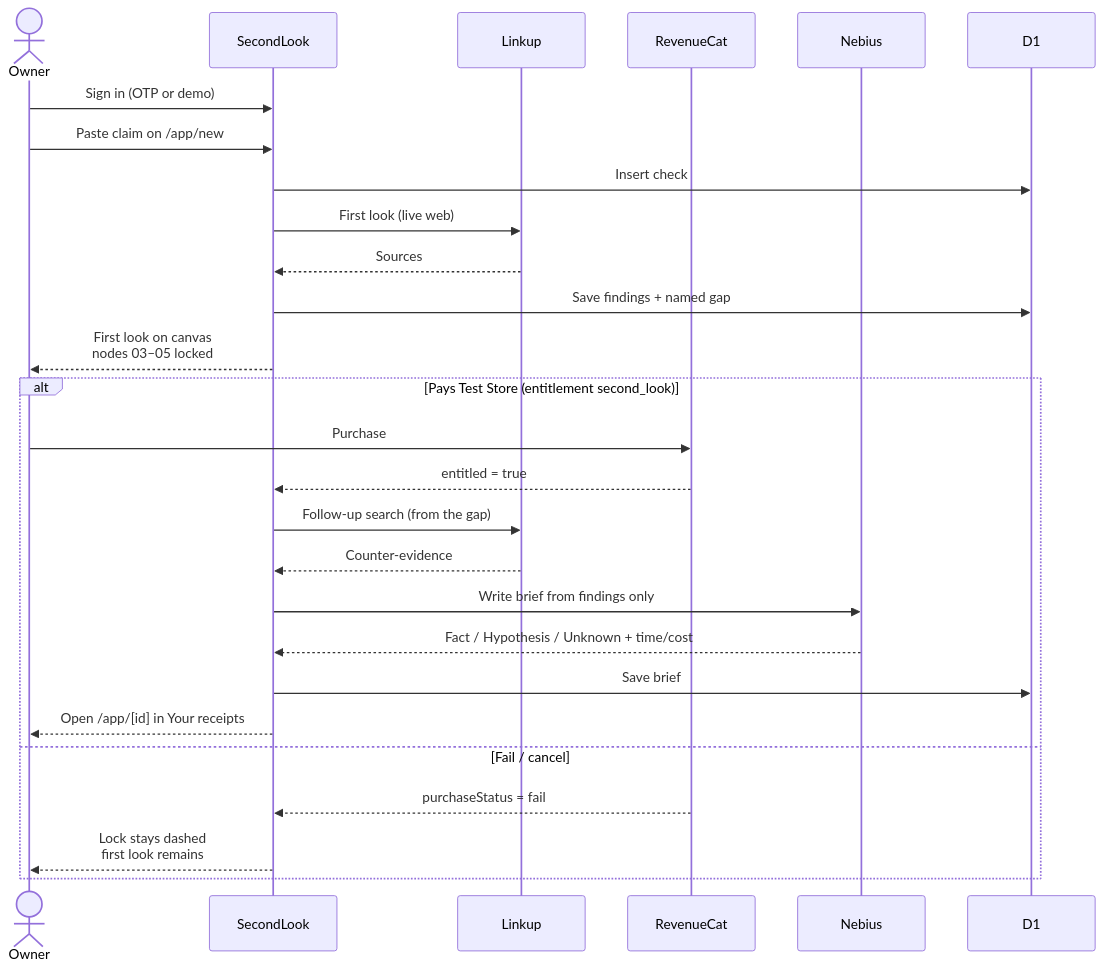
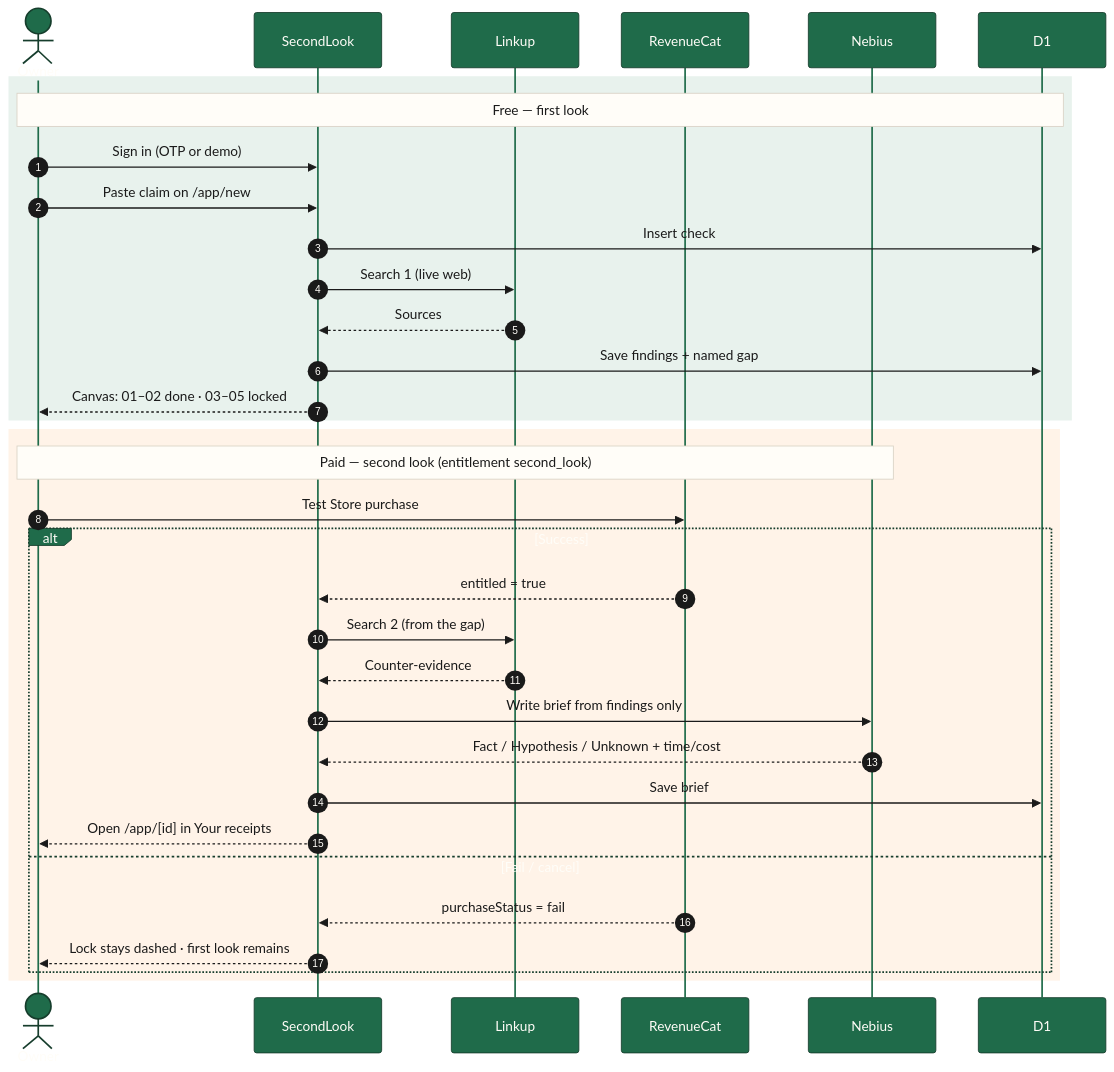
The second of 2 diagrams in README.md (JulioMCruz/SecondLook), drawn with Mermaid before and after one commit. The commit also changed other lines of this file, not shown here.

First line of the commit message:
docs: color the architecture and sequence mermaid diagrams

````diff
--- a/README.md
+++ b/README.md
@@ -94,31 +114,39 @@
 ```mermaid
+%%{init: {"theme": "base", "themeVariables": {"fontFamily": "ui-sans-serif, system-ui", "actorBkg": "#1f6b4a", "actorTextColor": "#fffdf8", "actorBorder": "#163d2c", "actorLineColor": "#1f6b4a", "signalColor": "#1a1a1a", "signalTextColor": "#1a1a1a", "noteBkgColor": "#fffdf8", "noteTextColor": "#1a1a1a", "noteBorderColor": "#d9d2c5", "activationBkgColor": "#e8f2ed", "sequenceNumberColor": "#fffdf8"}}}%%
 sequenceDiagram
+  autonumber
   actor U as Owner
   participant Web as SecondLook
   participant L as Linkup
   participant RC as RevenueCat
   participant N as Nebius
   participant DB as D1
 
-  U->>Web: Sign in (OTP or demo)
-  U->>Web: Paste claim on /app/new
-  Web->>DB: Insert check
-  Web->>L: First look (live web)
-  L-->>Web: Sources
-  Web->>DB: Save findings + named gap
-  Web-->>U: First look on canvas<br/>nodes 03–05 locked
+  rect rgb(232, 242, 237)
+    Note over U,DB: Free — first look
+    U->>Web: Sign in (OTP or demo)
+    U->>Web: Paste claim on /app/new
+    Web->>DB: Insert check
+    Web->>L: Search 1 (live web)
+    L-->>Web: Sources
+    Web->>DB: Save findings + named gap
+    Web-->>U: Canvas: 01–02 done · 03–05 locked
+  end
 
-  alt Pays Test Store (entitlement second_look)
-    U->>RC: Purchase
-    RC-->>Web: entitled = true
-    Web->>L: Follow-up search (from the gap)
-    L-->>Web: Counter-evidence
-    Web->>N: Write brief from findings only
-    N-->>Web: Fact / Hypothesis / Unknown + time/cost
-    Web->>DB: Save brief
-    Web-->>U: Open /app/[id] in Your receipts
-  else Fail / cancel
-    RC-->>Web: purchaseStatus = fail
-    Web-->>U: Lock stays dashed<br/>first look remains
+  rect rgb(255, 243, 232)
+    Note over U,N: Paid — second look (entitlement second_look)
+    U->>RC: Test Store purchase
+    alt Success
+      RC-->>Web: entitled = true
+      Web->>L: Search 2 (from the gap)
+      L-->>Web: Counter-evidence
+      Web->>N: Write brief from findings only
+      N-->>Web: Fact / Hypothesis / Unknown + time/cost
+      Web->>DB: Save brief
+      Web-->>U: Open /app/[id] in Your receipts
+    else Fail / cancel
+      RC-->>Web: purchaseStatus = fail
+      Web-->>U: Lock stays dashed · first look remains
+    end
   end
 ```
````
